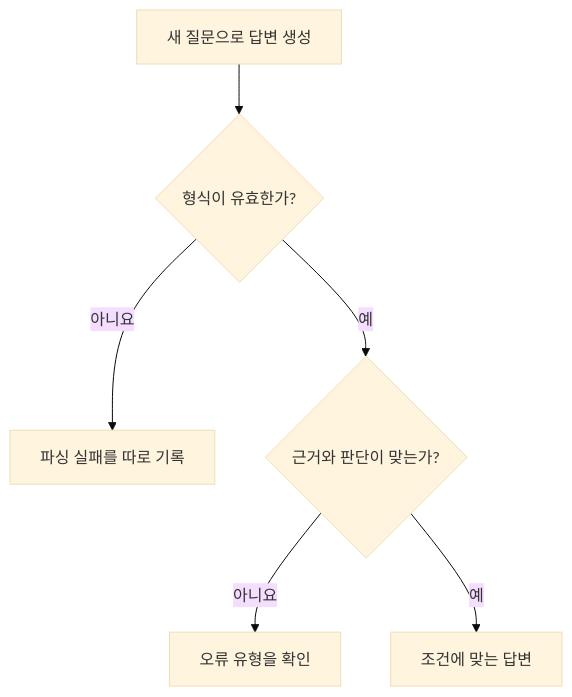
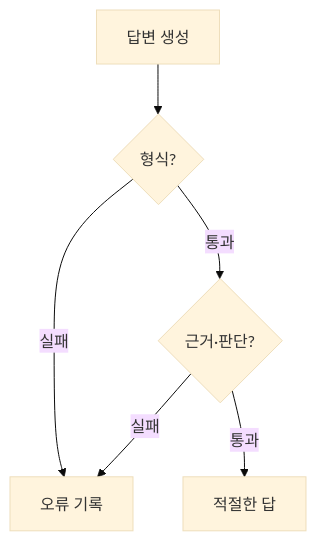
The diagram in _posts/2026-11-24-dpo-generated-answer-evaluation.md (ho-yu/ho-yu.github.io), drawn with Mermaid (base theme) before and after one commit. The commit also changed 2 other files, not shown here.

Commit message:
post: improve DPO diagrams for mobile readability

````diff
--- a/_posts/2026-11-24-dpo-generated-answer-evaluation.md
+++ b/_posts/2026-11-24-dpo-generated-answer-evaluation.md
@@ -24,8 +24,8 @@
 ```mermaid
 flowchart TD
-    A["새 질문으로 답변 생성"] --> B{"형식이 유효한가?"}
-    B -->|아니요| C["파싱 실패를 따로 기록"]
-    B -->|예| D{"근거와 판단이 맞는가?"}
-    D -->|아니요| E["오류 유형을 확인"]
-    D -->|예| F["조건에 맞는 답변"]
+    A["답변 생성"] --> B{"형식?"}
+    B -->|통과| C{"근거·판단?"}
+    B -->|실패| E["오류 기록"]
+    C -->|실패| E
+    C -->|통과| D["적절한 답"]
 ```
````
